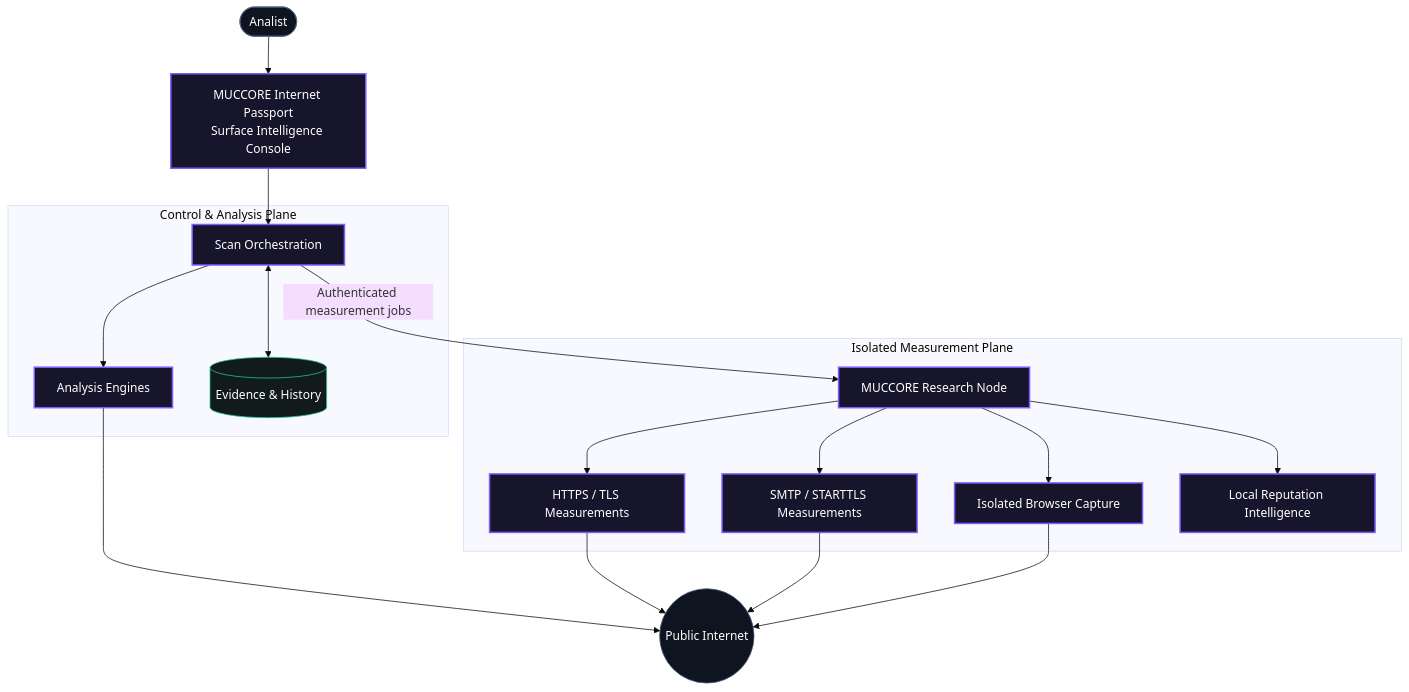
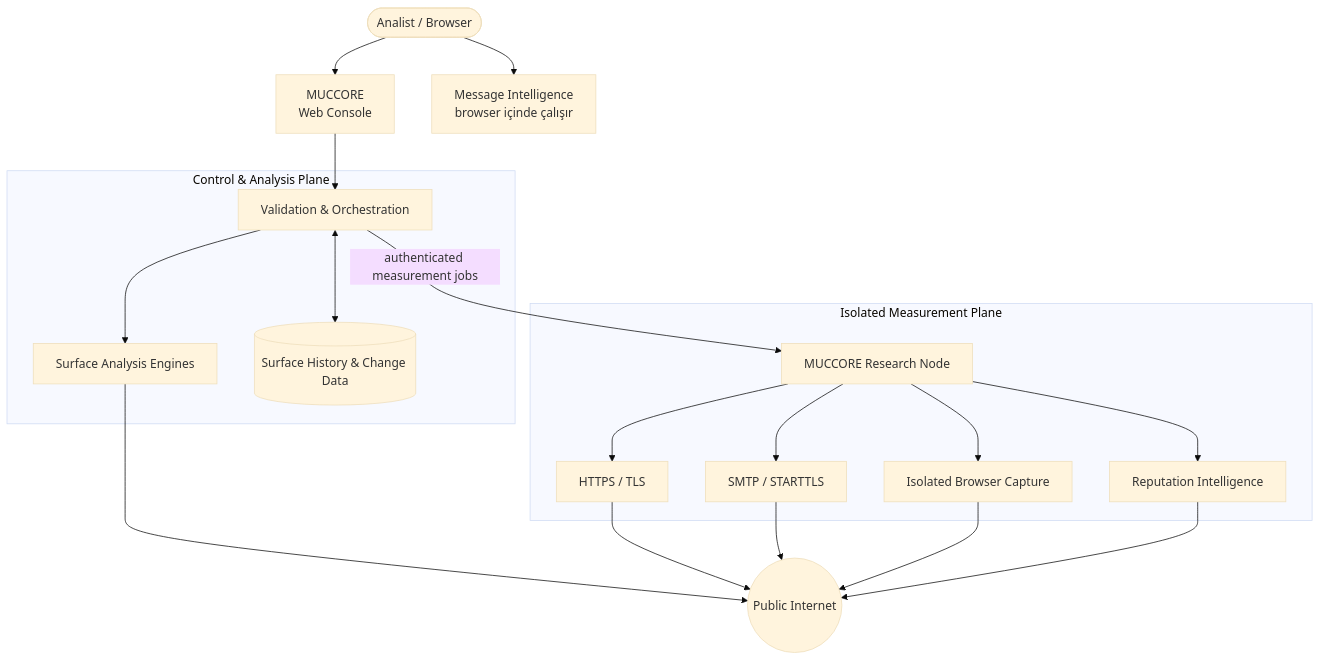
One commit to mchdIron/muccore-internet-passport changed the second of 2 diagrams in README.tr.md. Above: the diagram before and after it, drawn with Mermaid (base theme). The commit also changed other lines of this file, not shown here.

Commit message:
Refresh product documentation for current MUCCORE architecture

````diff
--- a/README.tr.md
+++ b/README.tr.md
@@ -85,38 +106,37 @@
 ```mermaid
 flowchart TB
-    U([Analist]) --> UI["MUCCORE Internet Passport<br/>Surface Intelligence Console"]
+    U(["Analist / Browser"])
+    UI["MUCCORE<br/>Web Console"]
 
     subgraph CP["Control & Analysis Plane"]
-        O["Scan Orchestration"]
-        A["Analysis Engines"]
-        S[("Evidence & History")]
-        O --> A
-        O <--> S
+        O["Validation & Orchestration"]
+        A["Surface Analysis Engines"]
+        H[("Surface History & Change Data")]
     end
 
     subgraph MP["Isolated Measurement Plane"]
         N["MUCCORE Research Node"]
-        TP["HTTPS / TLS Measurements"]
-        SP["SMTP / STARTTLS Measurements"]
-        BP["Isolated Browser Capture"]
-        RP["Local Reputation Intelligence"]
-        N --> TP
-        N --> SP
-        N --> BP
-        N --> RP
+        T["HTTPS / TLS"]
+        S["SMTP / STARTTLS"]
+        B["Isolated Browser Capture"]
+        R["Reputation Intelligence"]
     end
 
+    M["Message Intelligence<br/>browser içinde çalışır"]
+
+    U --> UI
+    U --> M
     UI --> O
-    O -->|"Authenticated measurement jobs"| N
-    A --> NET((Public Internet))
-    TP --> NET
-    SP --> NET
-    BP --> NET
-
-    classDef edge fill:#17152b,stroke:#7c5cff,color:#fff,stroke-width:2px;
-    classDef plane fill:#0e1420,stroke:#53657d,color:#fff;
-    classDef data fill:#101b1a,stroke:#29c995,color:#fff;
-    class UI,O,A,N,TP,SP,BP,RP edge;
-    class U,NET plane;
-    class S data;
+    O --> A
+    O <--> H
+    O -->|"authenticated measurement jobs"| N
+    N --> T
+    N --> S
+    N --> B
+    N --> R
+    A --> NET(("Public Internet"))
+    T --> NET
+    S --> NET
+    B --> NET
+    R --> NET
 ```
````
